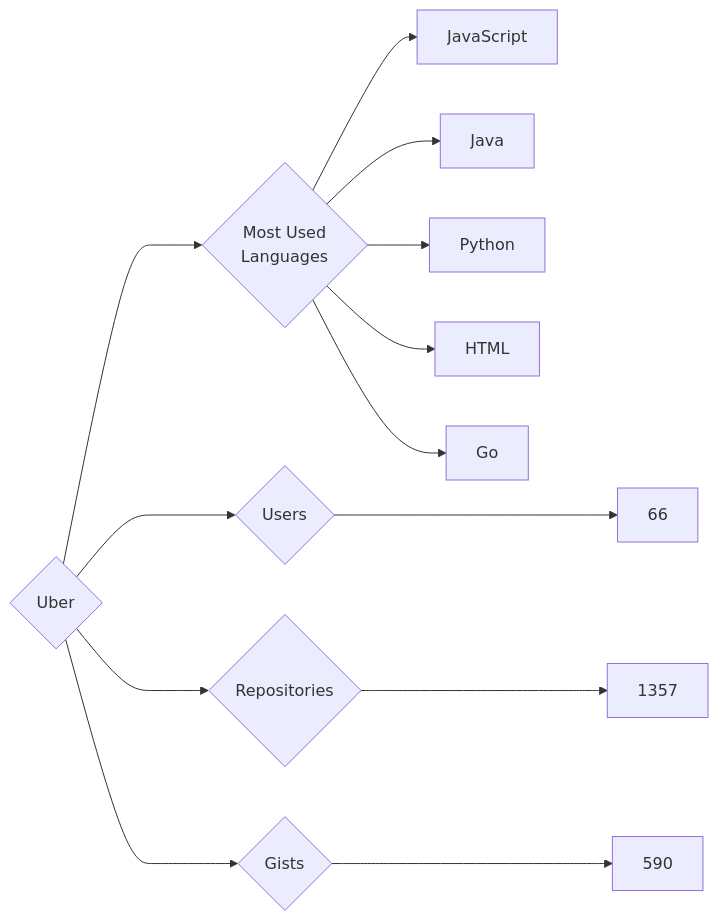
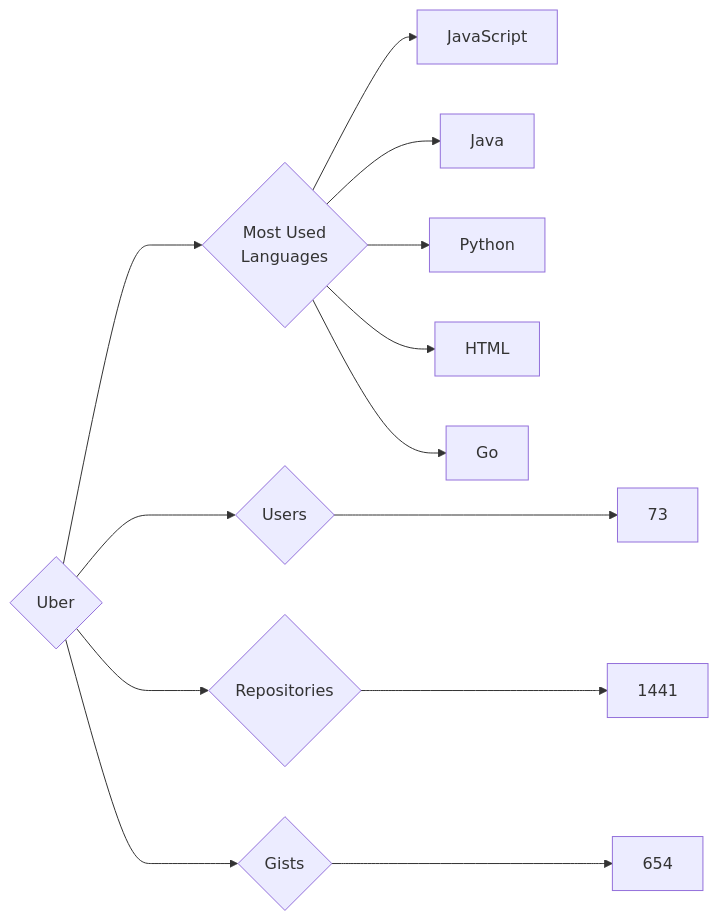
Before and after one commit to trickest/insiders: the diagram in targets/Uber/README.md, drawn with Mermaid. The commit also changed 1696 other files, not shown here.

````diff
--- a/targets/Uber/README.md
+++ b/targets/Uber/README.md
@@ -3,13 +3,13 @@
 ```mermaid
 graph LR
 COMPANY_NAME{Uber}
-COMPANY_NAME ---> U{Users} ---> UN[66]
-COMPANY_NAME ---> R{Repositories} ---> RN[1357]
-COMPANY_NAME ---> G{Gists} ---> GN[590]
+COMPANY_NAME ---> U{Users} ---> UN[73]
+COMPANY_NAME ---> R{Repositories} ---> RN[1441]
+COMPANY_NAME ---> G{Gists} ---> GN[654]
 COMPANY_NAME ---> ML{Most Used<br>Languages}
 ML --> JavaScript[JavaScript]
 ML --> Java[Java]
 ML --> Python[Python]
 ML --> HTML[HTML]
 ML --> Go[Go]
 ```
````
